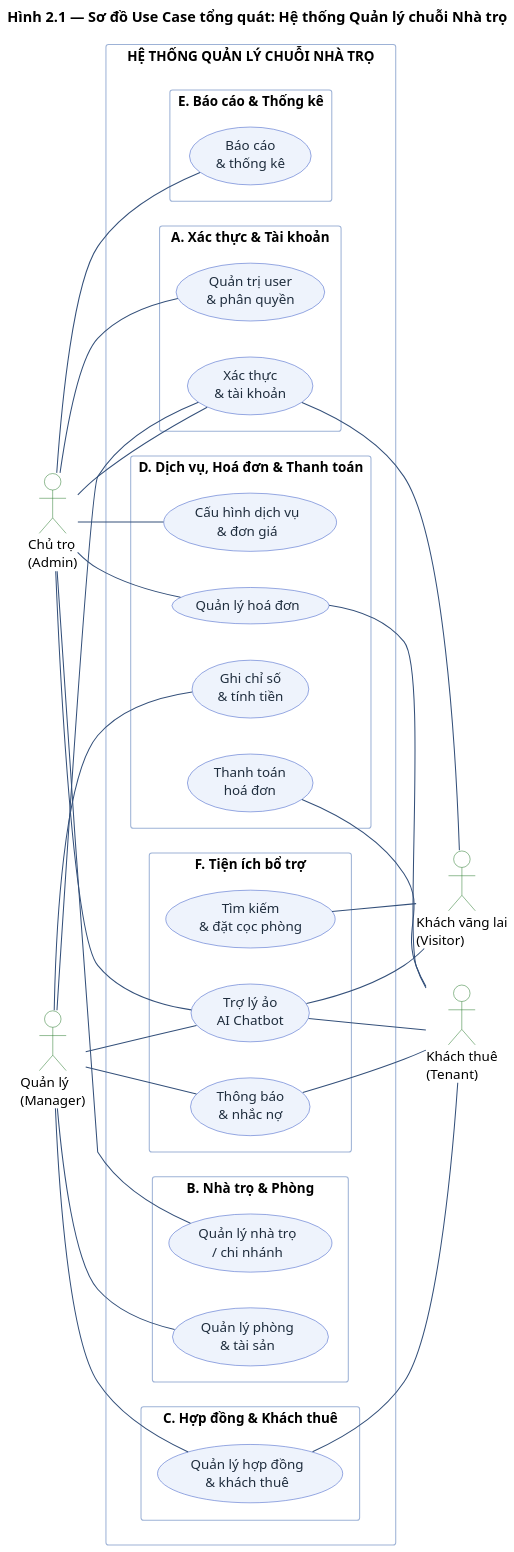
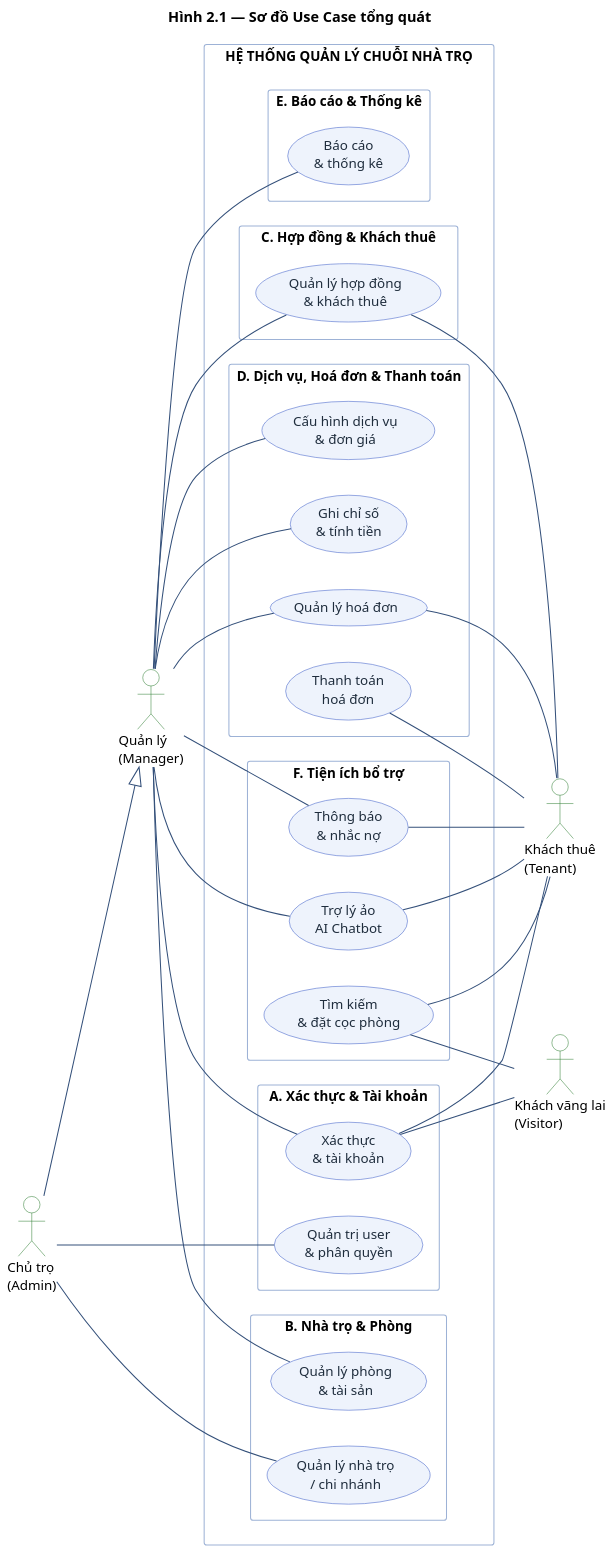
Before and after one commit to DiepTuHuy/Hostel_Management: the diagram in docs/diagrams/2.01_uc_overall.puml, drawn with PlantUML. The commit also changed 92 other files, not shown here.

Commit message:
Đồng bộ 19 sơ đồ UML khớp 100% với hệ thống và bổ sung báo cáo LaTeX (PTTKHT) vào repository

```diff
--- a/docs/diagrams/2.01_uc_overall.puml
+++ b/docs/diagrams/2.01_uc_overall.puml
@@ -1,82 +1,85 @@
 @startuml UC_Overall
-title Hình 2.1 — Sơ đồ Use Case tổng quát: Hệ thống Quản lý chuỗi Nhà trọ
-
+title Hình 2.1 — Sơ đồ Use Case tổng quát
 skinparam dpi 150
 skinparam shadowing false
 skinparam defaultFontName "Segoe UI"
 skinparam defaultFontSize 13
 skinparam packageStyle rectangle
 skinparam ArrowColor #34507A
 skinparam packageBackgroundColor #FFFFFF
 skinparam packageBorderColor #9DB2D6
 skinparam usecase {
   BackgroundColor #EEF3FC
   BorderColor #3A5BC7
   FontColor #1F2D3D
 }
 skinparam actor {
   BackgroundColor #FFFFFF
   BorderColor #2E7D32
 }
 left to right direction
 
 actor "Chủ trọ\n(Admin)"        as Owner
 actor "Quản lý\n(Manager)"      as Manager
 actor "Khách thuê\n(Tenant)"    as Tenant
 actor "Khách vãng lai\n(Visitor)" as Visitor
 
 rectangle "HỆ THỐNG QUẢN LÝ CHUỖI NHÀ TRỌ" {
 
   package "A. Xác thực & Tài khoản" {
     usecase "Xác thực\n& tài khoản"        as UC_Auth
     usecase "Quản trị user\n& phân quyền"  as UC_Sys
   }
   package "B. Nhà trọ & Phòng" {
     usecase "Quản lý nhà trọ\n/ chi nhánh"  as UC_Branch
     usecase "Quản lý phòng\n& tài sản"      as UC_Room
   }
   package "C. Hợp đồng & Khách thuê" {
     usecase "Quản lý hợp đồng\n& khách thuê" as UC_Contract
   }
   package "D. Dịch vụ, Hoá đơn & Thanh toán" {
     usecase "Cấu hình dịch vụ\n& đơn giá"  as UC_Service
     usecase "Ghi chỉ số\n& tính tiền"      as UC_Meter
     usecase "Quản lý hoá đơn"              as UC_Invoice
     usecase "Thanh toán\nhoá đơn"          as UC_Payment
   }
   package "E. Báo cáo & Thống kê" {
     usecase "Báo cáo\n& thống kê"          as UC_Report
   }
   package "F. Tiện ích bổ trợ" {
     usecase "Thông báo\n& nhắc nợ"         as UC_Notify
     usecase "Tìm kiếm\n& đặt cọc phòng"    as UC_Search
     usecase "Trợ lý ảo\nAI Chatbot"        as UC_Chat
   }
 }
 
-Owner   -- UC_Auth
+' ── Kế thừa: Chủ trọ có TOÀN BỘ chức năng của Quản lý + quyền quản trị riêng
+Owner --|> Manager
 Owner   -- UC_Sys
 Owner   -- UC_Branch
-Owner   -- UC_Service
-Owner   -- UC_Invoice
-Owner   -- UC_Report
-Owner   -- UC_Chat
 
+' ── Quản lý (Manager): vận hành các cơ sở được phân công
 Manager -- UC_Auth
 Manager -- UC_Room
 Manager -- UC_Contract
+Manager -- UC_Service
 Manager -- UC_Meter
+Manager -- UC_Invoice
 Manager -- UC_Notify
+Manager -- UC_Report
 Manager -- UC_Chat
 
-UC_Invoice -- Tenant
-UC_Payment -- Tenant
+' ── Khách thuê (Tenant)
+UC_Auth     -- Tenant
+UC_Invoice  -- Tenant
+UC_Payment  -- Tenant
 UC_Contract -- Tenant
-UC_Notify  -- Tenant
-UC_Chat    -- Tenant
+UC_Notify   -- Tenant
+UC_Search   -- Tenant
+UC_Chat     -- Tenant
 
+' ── Khách vãng lai (Visitor): tìm phòng, đặt cọc và đăng ký tài khoản
 UC_Search -- Visitor
 UC_Auth   -- Visitor
-UC_Chat   -- Visitor
 
 @enduml
```
